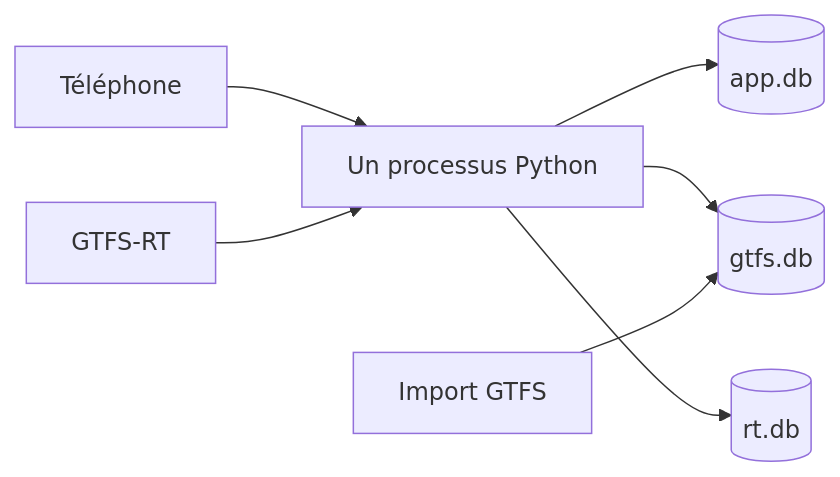
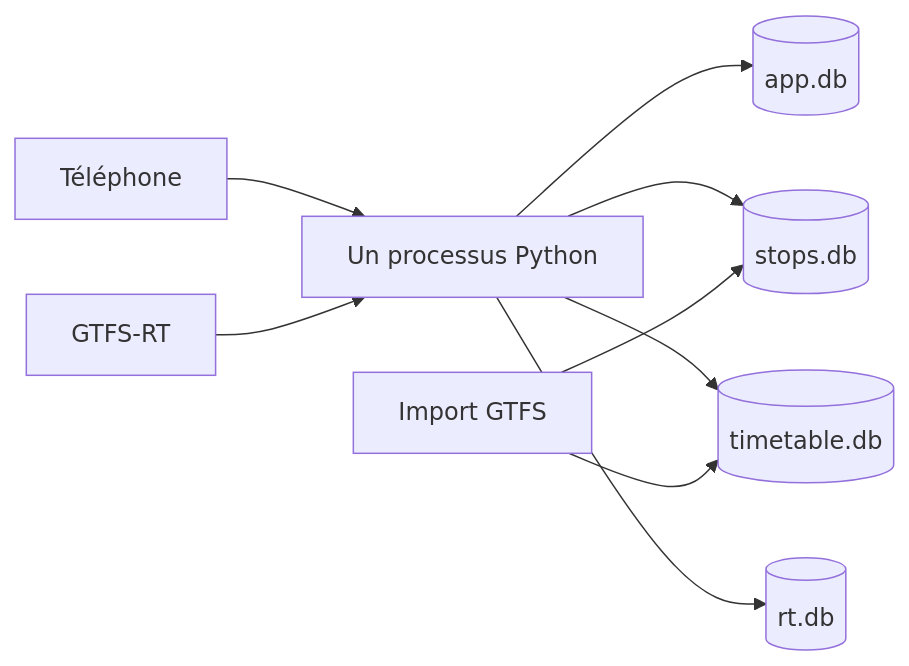
The diagram in docs/projet.md (LordD9/ComptageFer), drawn with Mermaid before and after one commit. The commit also changed other lines of this file, not shown here.

````diff
--- a/docs/projet.md
+++ b/docs/projet.md
@@ -66,9 +66,11 @@
 ```mermaid
 flowchart LR
   phone[Téléphone] --> app[Un processus Python]
   app --> appdb[(app.db)]
-  app --> gtfsdb[(gtfs.db)]
+  app --> stopsdb[(stops.db)]
+  app --> timedb[(timetable.db)]
   app --> rtdb[(rt.db)]
   feeds[GTFS-RT] --> app
-  cron[Import GTFS] --> gtfsdb
+  cron[Import GTFS] --> timedb
+  cron --> stopsdb
 ```
````
